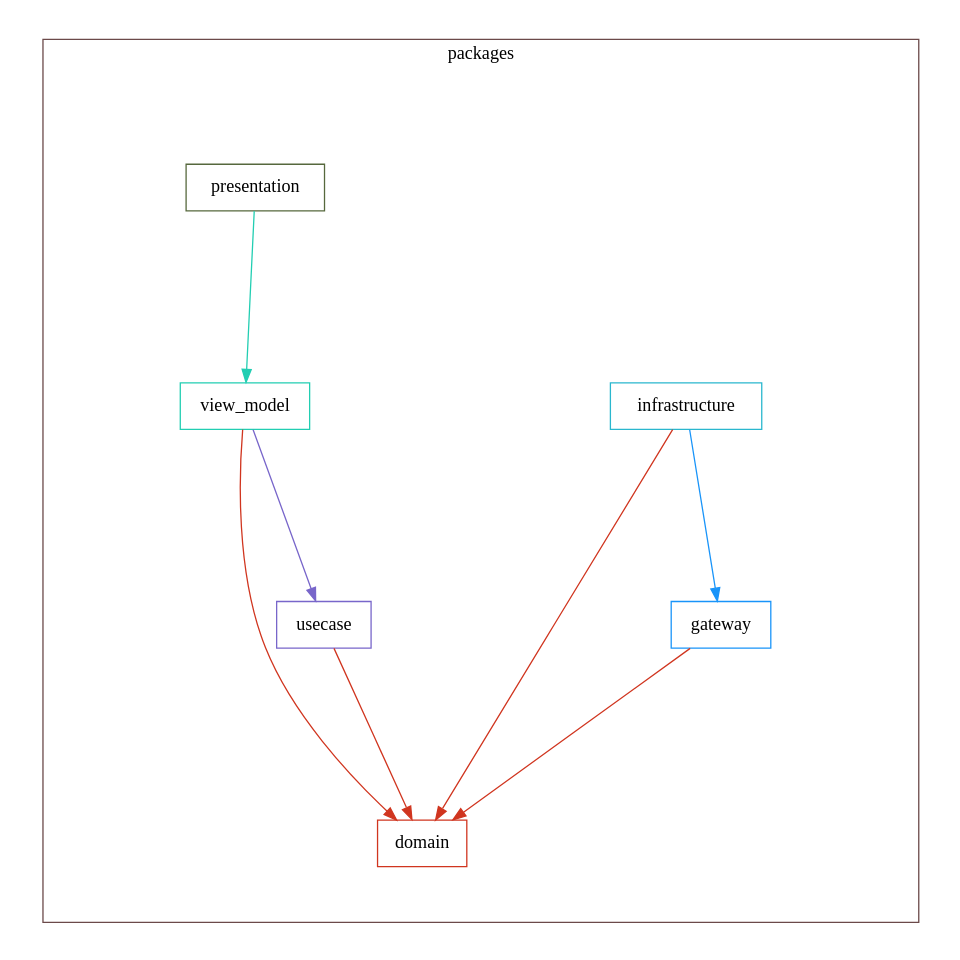
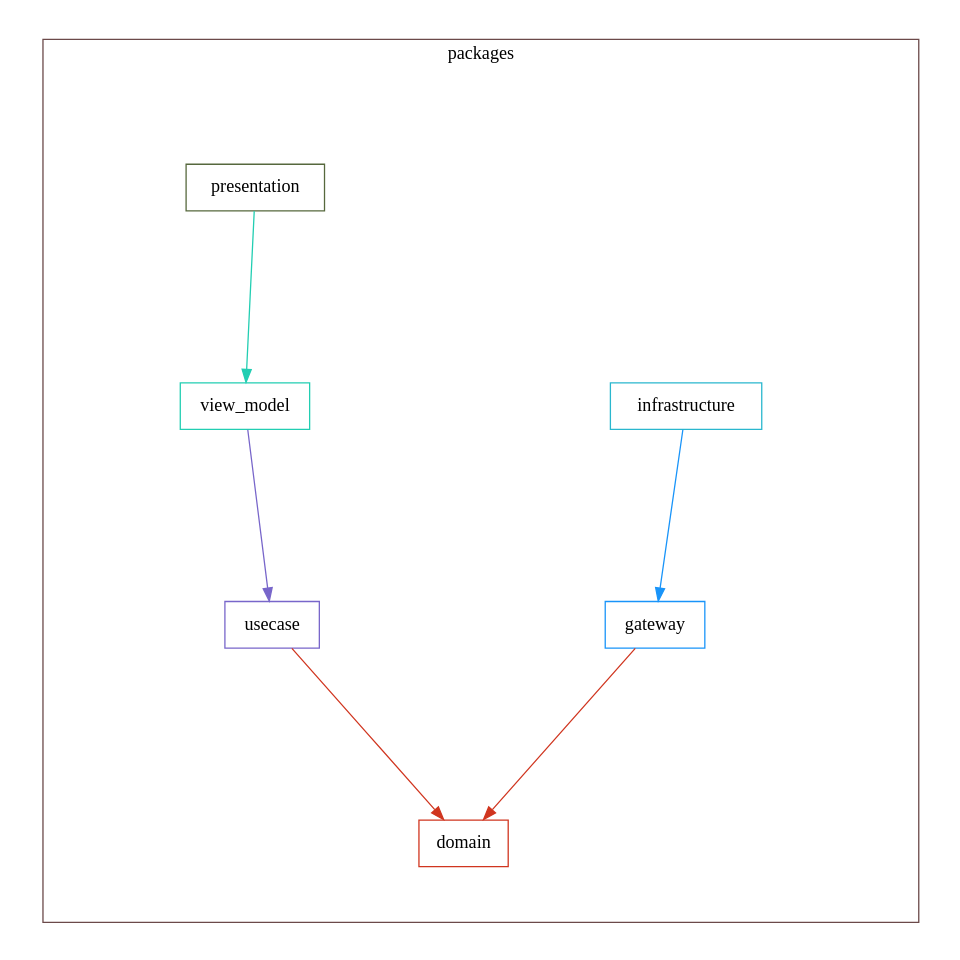
One commit to w2406/flutter_clean_architecture_package changed the diagram in dependence.dot. Above: the diagram before and after it, drawn with Graphviz. The commit also changed 27 other files, not shown here.

```diff
--- a/dependence.dot
+++ b/dependence.dot
@@ -1,26 +1,24 @@
 digraph packages {
   size="10"; ratio=fill;
   domain [shape="box"; color="#d0351f"];
   gateway [shape="box"; color="#1994f9"];
   infrastructure [shape="box"; color="#2ab7ce"];
   presentation [shape="box"; color="#56683d"];
   usecase [shape="box"; color="#7866ca"];
   view_model [shape="box"; color="#22ceb2"];
   gateway -> domain [style="filled"; color="#d0351f"];
   infrastructure -> gateway [style="filled"; color="#1994f9"];
-  infrastructure -> domain [style="filled"; color="#d0351f"];
   presentation -> view_model [style="filled"; color="#22ceb2"];
   usecase -> domain [style="filled"; color="#d0351f"];
-  view_model -> domain [style="filled"; color="#d0351f"];
   view_model -> usecase [style="filled"; color="#7866ca"];
   subgraph "cluster packages" {
     label="packages";
     color="#6b4949";
     domain;
     gateway;
     infrastructure;
     presentation;
     usecase;
     view_model;
   }
 }
```
